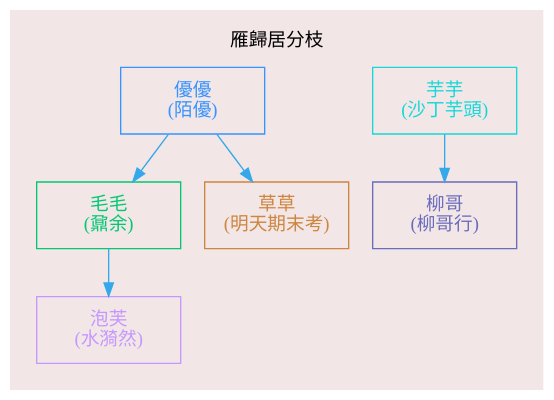
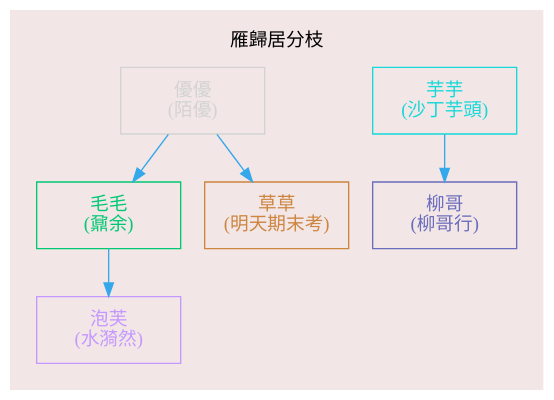
The second of 4 diagrams in README.md (necro-wbj/-), drawn with Graphviz before and after one commit. The commit also changed other lines of this file, not shown here.

````diff
--- a/README.md
+++ b/README.md
@@ -64,26 +65,25 @@
 ```dot
 digraph{
     labelloc="t";
     node[fontname="微軟正黑體",shape=box,fixedsize=true,height=0.7,width=1.5];
     bgcolor="#F2E6E6";
     edge [color = "#34a8eb"];
     color="#F2E6E6";
        subgraph cluster{
         芋頭[label="芋芋\n(沙丁芋頭)",color="#16D8D8",fontcolor="#16D8D8"];
         柳哥[label="柳哥\n(柳哥行)",color="#6A6CBD",fontcolor="#6A6CBD"];
         芋頭->柳哥
    }
     subgraph cluster{
         label=雁歸居分枝
         bgcolor="#F2E6E6";
         color="#F2E6E6";
-        優優[label="優優\n(陌優)",color="#3793FF",fontcolor="#3793FF"];
-        優優[label="優優\n(陌優)",color="#3793FF",fontcolor="#3793FF"];
+        優優[label="優優\n(陌優)",color="lightgray",fontcolor="lightgray"];
         毛毛[label="毛毛\n(鼐余)",color="#02C874",fontcolor="#02C874"];
         草草[label="草草\n(明天期末考)",color="#CD853F",fontcolor="#CD853F"];
         泡芙[label="泡芙\n(水漪然)",color="#C498FF",fontcolor="#C498FF"];
         優優->{毛毛 草草}
         毛毛->{泡芙}
     }
 }
 ```
````
